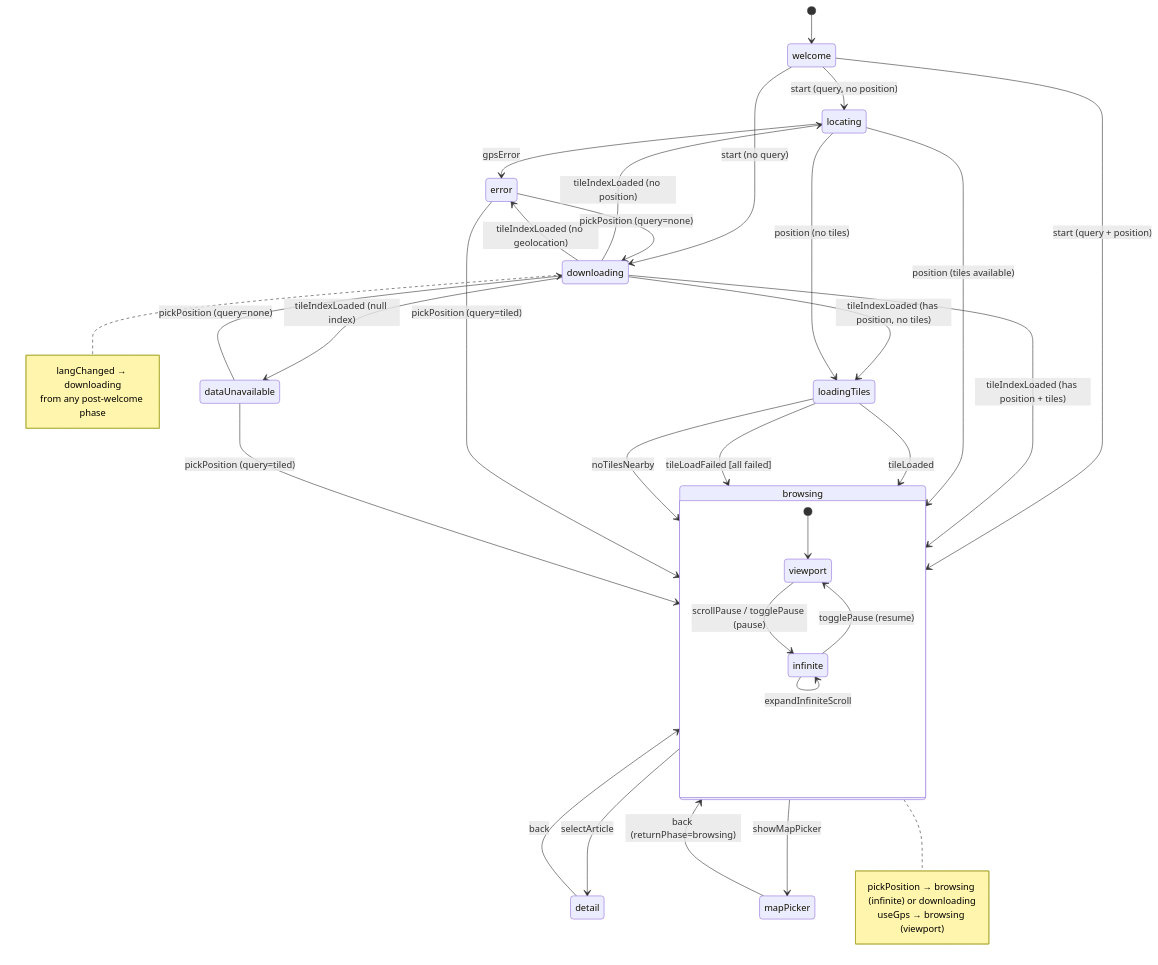
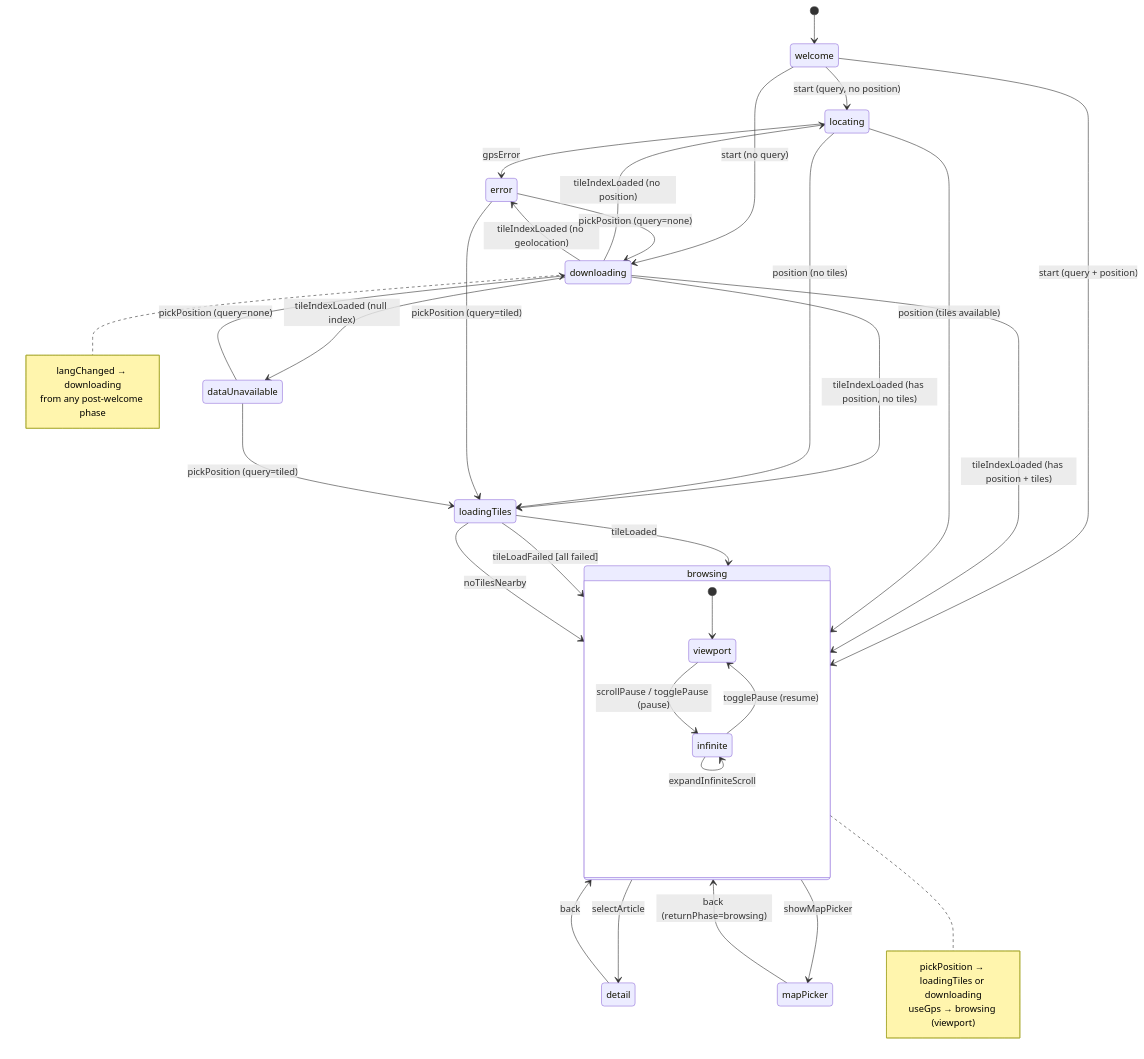
Before and after one commit to ChrisSteinbach/tour-guide: the diagram in docs/state-machine.md, drawn with Mermaid. The commit also changed other lines of this file and 10 other files, not shown here.

````diff
--- a/docs/state-machine.md
+++ b/docs/state-machine.md
@@ -118,49 +118,49 @@
 ```mermaid
 stateDiagram-v2
     [*] --> welcome
 
     welcome --> browsing : start (query + position)
     welcome --> locating : start (query, no position)
     welcome --> downloading : start (no query)
 
     downloading --> browsing : tileIndexLoaded (has position + tiles)
     downloading --> loadingTiles : tileIndexLoaded (has position, no tiles)
     downloading --> locating : tileIndexLoaded (no position)
     downloading --> error : tileIndexLoaded (no geolocation)
     downloading --> dataUnavailable : tileIndexLoaded (null index)
 
     locating --> loadingTiles : position (no tiles)
     locating --> browsing : position (tiles available)
     locating --> error : gpsError
 
     loadingTiles --> browsing : tileLoaded
     loadingTiles --> browsing : tileLoadFailed [all failed]
     loadingTiles --> browsing : noTilesNearby
 
-    error --> browsing : pickPosition (query=tiled)
+    error --> loadingTiles : pickPosition (query=tiled)
     error --> downloading : pickPosition (query=none)
-    dataUnavailable --> browsing : pickPosition (query=tiled)
+    dataUnavailable --> loadingTiles : pickPosition (query=tiled)
     dataUnavailable --> downloading : pickPosition (query=none)
 
     browsing --> detail : selectArticle
     browsing --> mapPicker : showMapPicker
     detail --> browsing : back
     mapPicker --> browsing : back (returnPhase=browsing)
 
     state browsing {
         [*] --> viewport
         viewport --> infinite : scrollPause / togglePause (pause)
         infinite --> viewport : togglePause (resume)
         infinite --> infinite : expandInfiniteScroll
     }
 
     note right of browsing
-        pickPosition → browsing (infinite) or downloading
+        pickPosition → loadingTiles or downloading
         useGps → browsing (viewport)
     end note
 
     note right of downloading
         langChanged → downloading
         from any post-welcome phase
     end note
 ```
````
